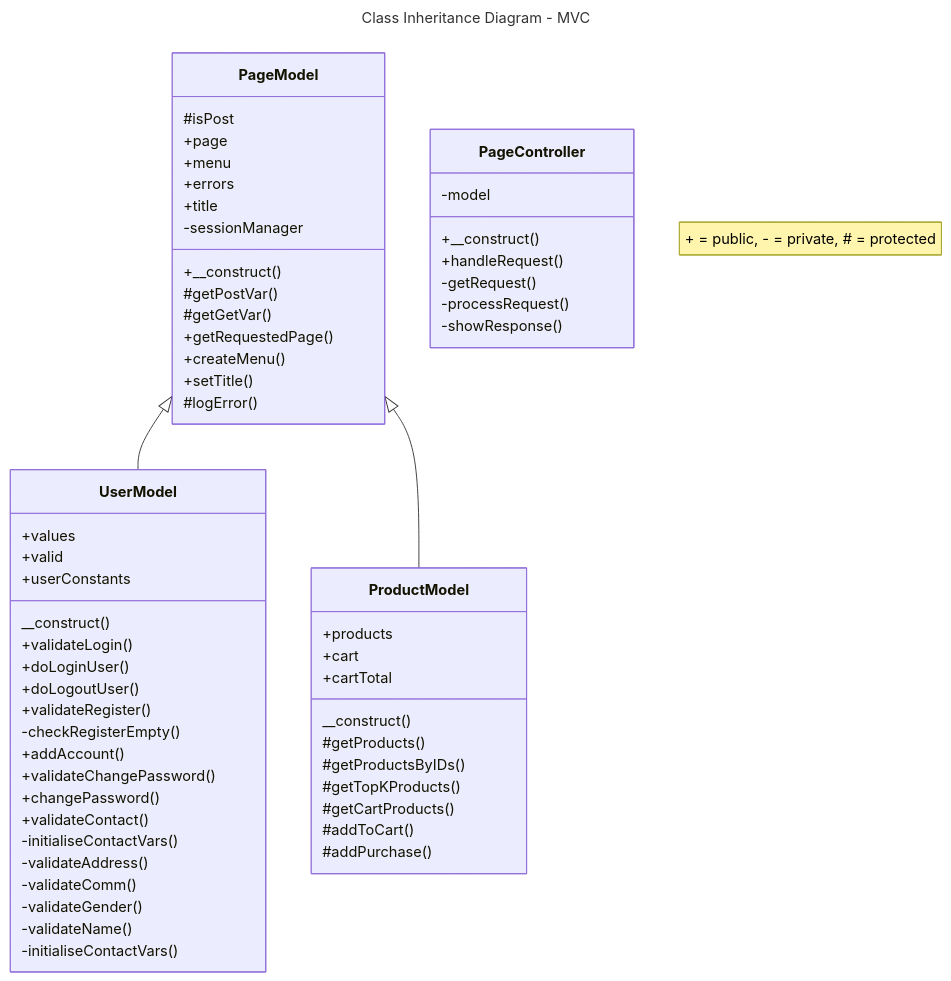
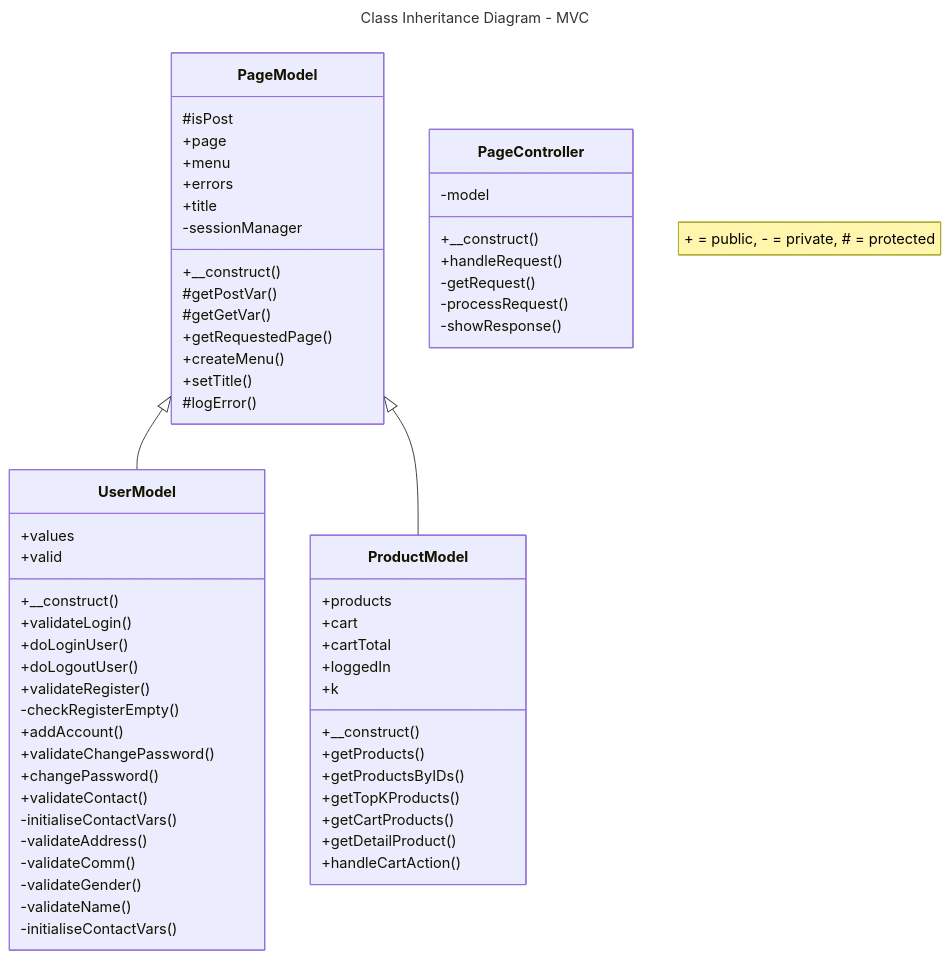
Before and after one commit to JeroenHeemskerk/educom-webshop-oop-1713521403: the diagram in Diagrams/class-inheritance-diagram-MVC.md, drawn with Mermaid.

Commit message:
02A: opdr 4.2, issue 5; ProductModel class geupdatet met hulpfuncties en visibility

````diff
--- a/Diagrams/class-inheritance-diagram-MVC.md
+++ b/Diagrams/class-inheritance-diagram-MVC.md
@@ -1,72 +1,73 @@
 ```mermaid
 ---
 title: Class Inheritance Diagram - MVC
 ---
 classDiagram
     note "+ = public, - = private, # = protected"
     %% A <|-- B means that class B inherits from class A %%
 
     PageModel <|-- UserModel
     PageModel <|-- ProductModel
 
     class PageController {
         -model
         +__construct()
         +handleRequest()
         -getRequest()
         -processRequest()
         -showResponse()
 
     }
     class PageModel {
         #isPost
         +page
         +menu
         +errors
         +title
         -sessionManager
         +__construct()
         #getPostVar()
         #getGetVar()
         +getRequestedPage()
         +createMenu()
         +setTitle()
         #logError()
     }
 
     class UserModel {
         +values
         +valid
-        +userConstants
-        __construct()
+        +__construct()
         +validateLogin()
         +doLoginUser()
         +doLogoutUser()
         +validateRegister()
         -checkRegisterEmpty()
         +addAccount()
         +validateChangePassword()
         +changePassword()
         +validateContact()
         -initialiseContactVars()
         -validateAddress()
         -validateComm()
         -validateGender()
         -validateName()
         -initialiseContactVars()
     }
 
     class ProductModel {
         +products
         +cart
         +cartTotal
-        __construct()
-        #getProducts()
-        #getProductsByIDs()
-        #getTopKProducts()
-        #getCartProducts()
-        #addToCart()
-        #addPurchase()
+        +loggedIn
+        +k
+        +__construct()
+        +getProducts()
+        +getProductsByIDs()
+        +getTopKProducts()
+        +getCartProducts()
+        +getDetailProduct()
+        +handleCartAction()
     }
 
 ```
````
